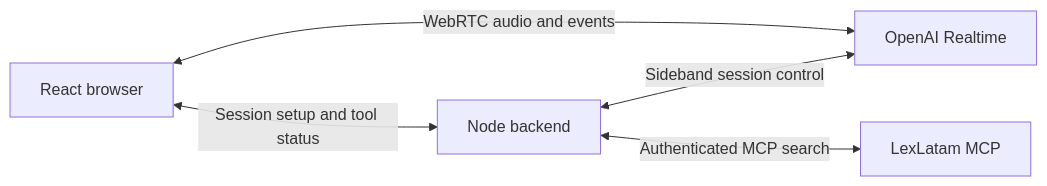
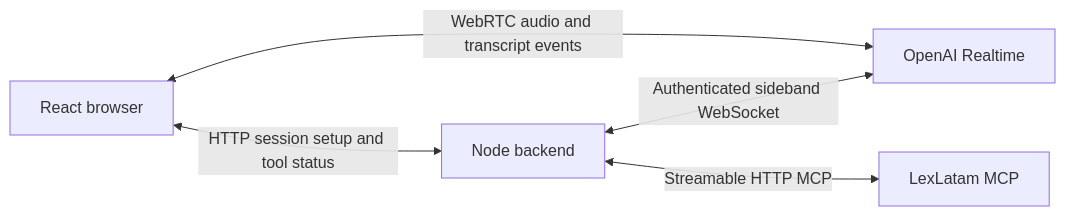
Before and after one commit to invariantengineering/lexlatam-voice-agent: the diagram in README.md, drawn with Mermaid. The commit also changed other lines of this file and 3 other files, not shown here.

Commit message:
docs: document verified voice demo and architecture

````diff
--- a/README.md
+++ b/README.md
@@ -62,7 +76,7 @@
 ```mermaid
 flowchart LR
-    B[React browser] <-->|WebRTC audio and events| R[OpenAI Realtime]
-    B <-->|Session setup and tool status| N[Node backend]
-    N <-->|Sideband session control| R
-    N <-->|Authenticated MCP search| L[LexLatam MCP]
+    B[React browser] <-->|WebRTC audio and transcript events| R[OpenAI Realtime]
+    B <-->|HTTP session setup and tool status| N[Node backend]
+    N <-->|Authenticated sideband WebSocket| R
+    N <-->|Streamable HTTP MCP| L[LexLatam MCP]
 ```
````
